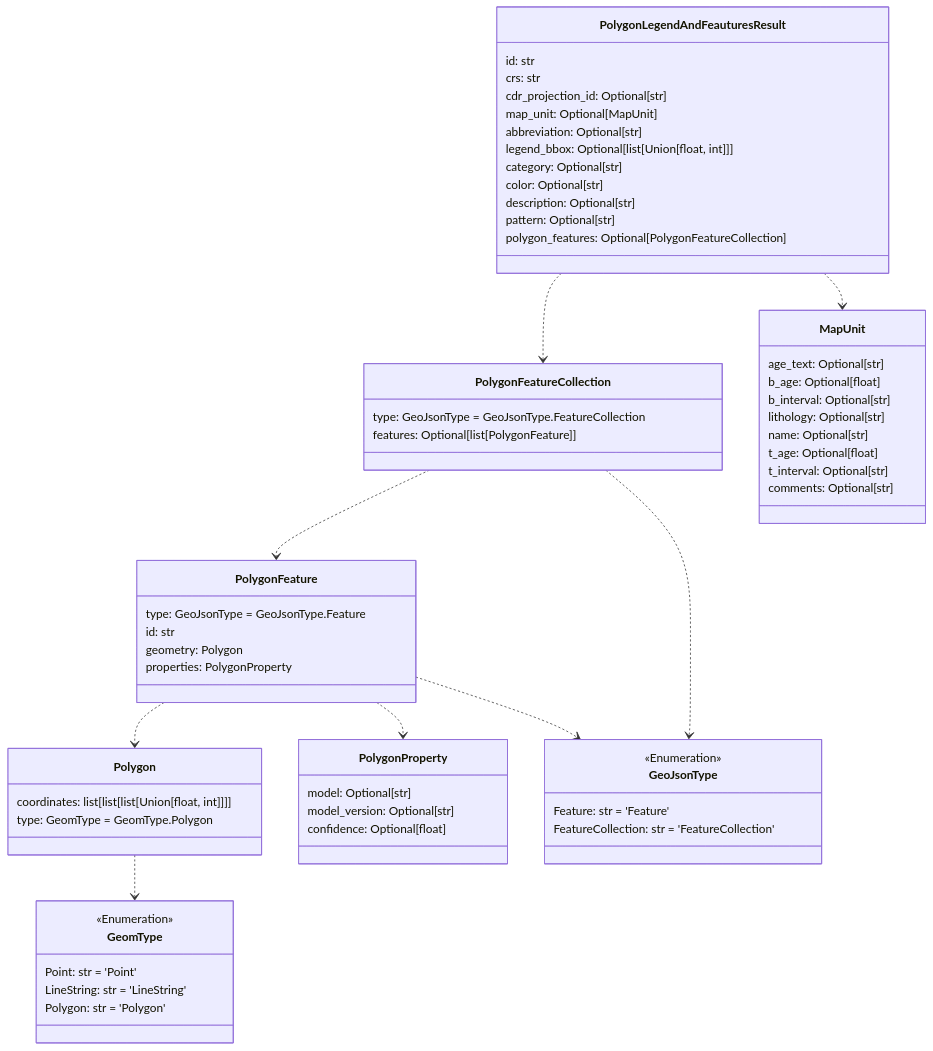
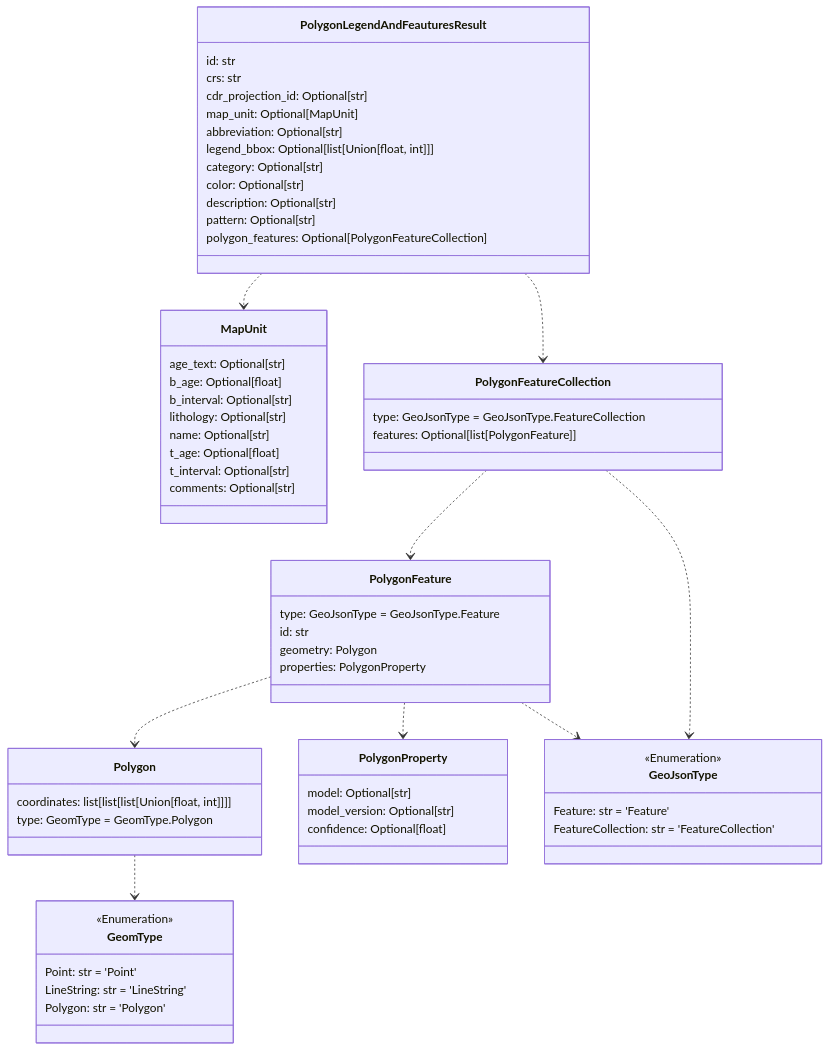
The sixth of 9 diagrams in README.md (UW-xDD/cdr_schemas), drawn with Mermaid before and after one commit. The commit also changed other lines of this file and 2 other files, not shown here.

````diff
--- a/README.md
+++ b/README.md
@@ -425,75 +425,75 @@
 ```mermaid
 classDiagram
+
+    class Polygon {
+        coordinates: list[list[list[Union[float, int]]]]
+        type: GeomType = GeomType.Polygon
+    }
+
+    class MapUnit {
+        age_text: Optional[str]
+        b_age: Optional[float]
+        b_interval: Optional[str]
+        lithology: Optional[str]
+        name: Optional[str]
+        t_age: Optional[float]
+        t_interval: Optional[str]
+        comments: Optional[str]
+    }
+
+    class PolygonFeature {
+        type: GeoJsonType = GeoJsonType.Feature
+        id: str
+        geometry: Polygon
+        properties: PolygonProperty
+    }
+
+    class PolygonFeatureCollection {
+        type: GeoJsonType = GeoJsonType.FeatureCollection
+        features: Optional[list[PolygonFeature]]
+    }
+
+    class GeomType {
+        <<Enumeration>>
+        Point: str = 'Point'
+        LineString: str = 'LineString'
+        Polygon: str = 'Polygon'
+    }
+
+    class PolygonProperty {
+        model: Optional[str]
+        model_version: Optional[str]
+        confidence: Optional[float]
+    }
 
     class PolygonLegendAndFeauturesResult {
         id: str
         crs: str
         cdr_projection_id: Optional[str]
         map_unit: Optional[MapUnit]
         abbreviation: Optional[str]
         legend_bbox: Optional[list[Union[float, int]]]
         category: Optional[str]
         color: Optional[str]
         description: Optional[str]
         pattern: Optional[str]
         polygon_features: Optional[PolygonFeatureCollection]
     }
 
     class GeoJsonType {
         <<Enumeration>>
         Feature: str = 'Feature'
         FeatureCollection: str = 'FeatureCollection'
     }
 
-    class PolygonFeatureCollection {
-        type: GeoJsonType = GeoJsonType.FeatureCollection
-        features: Optional[list[PolygonFeature]]
-    }
-
-    class PolygonFeature {
-        type: GeoJsonType = GeoJsonType.Feature
-        id: str
-        geometry: Polygon
-        properties: PolygonProperty
-    }
-
-    class PolygonProperty {
-        model: Optional[str]
-        model_version: Optional[str]
-        confidence: Optional[float]
-    }
-
-    class GeomType {
-        <<Enumeration>>
-        Point: str = 'Point'
-        LineString: str = 'LineString'
-        Polygon: str = 'Polygon'
-    }
-
-    class Polygon {
-        coordinates: list[list[list[Union[float, int]]]]
-        type: GeomType = GeomType.Polygon
-    }
-
-    class MapUnit {
-        age_text: Optional[str]
-        b_age: Optional[float]
-        b_interval: Optional[str]
-        lithology: Optional[str]
-        name: Optional[str]
-        t_age: Optional[float]
-        t_interval: Optional[str]
-        comments: Optional[str]
-    }
-
     Polygon ..> GeomType
     PolygonFeature ..> Polygon
     PolygonFeature ..> PolygonProperty
     PolygonFeature ..> GeoJsonType
     PolygonFeatureCollection ..> PolygonFeature
     PolygonFeatureCollection ..> GeoJsonType
+    PolygonLegendAndFeauturesResult ..> MapUnit
     PolygonLegendAndFeauturesResult ..> PolygonFeatureCollection
-    PolygonLegendAndFeauturesResult ..> MapUnit
 
 
 ```
````
